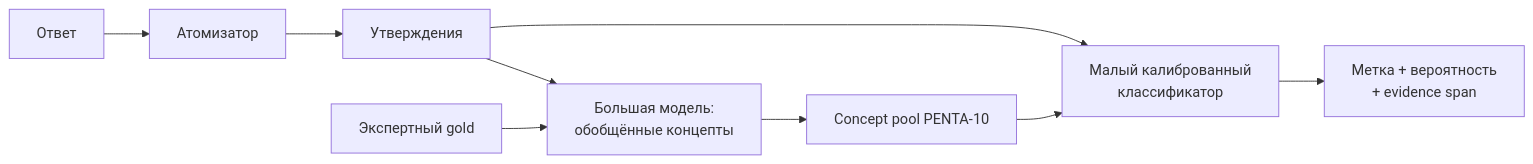
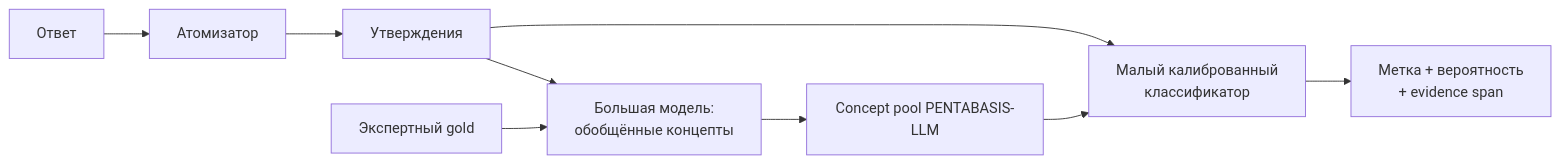
Before and after one commit to ikanam-ai/PENTABASIS-LLM: the diagram in docs/scientific-method.md, drawn with Mermaid. The commit also changed other lines of this file and 22 other files, not shown here.

Commit message:
Закрепить название PENTABASIS-LLM

````diff
--- a/docs/scientific-method.md
+++ b/docs/scientific-method.md
@@ -136,11 +136,11 @@
 ```mermaid
 flowchart LR
     R[Ответ] --> A[Атомизатор]
     A --> X[Утверждения]
     X --> L[Большая модель:<br/>обобщённые концепты]
     G[Экспертный gold] --> L
-    L --> P[Concept pool PENTA-10]
+    L --> P[Concept pool PENTABASIS-LLM]
     P --> S[Малый калиброванный<br/>классификатор]
     X --> S
     S --> O[Метка + вероятность<br/>+ evidence span]
 ```
````
